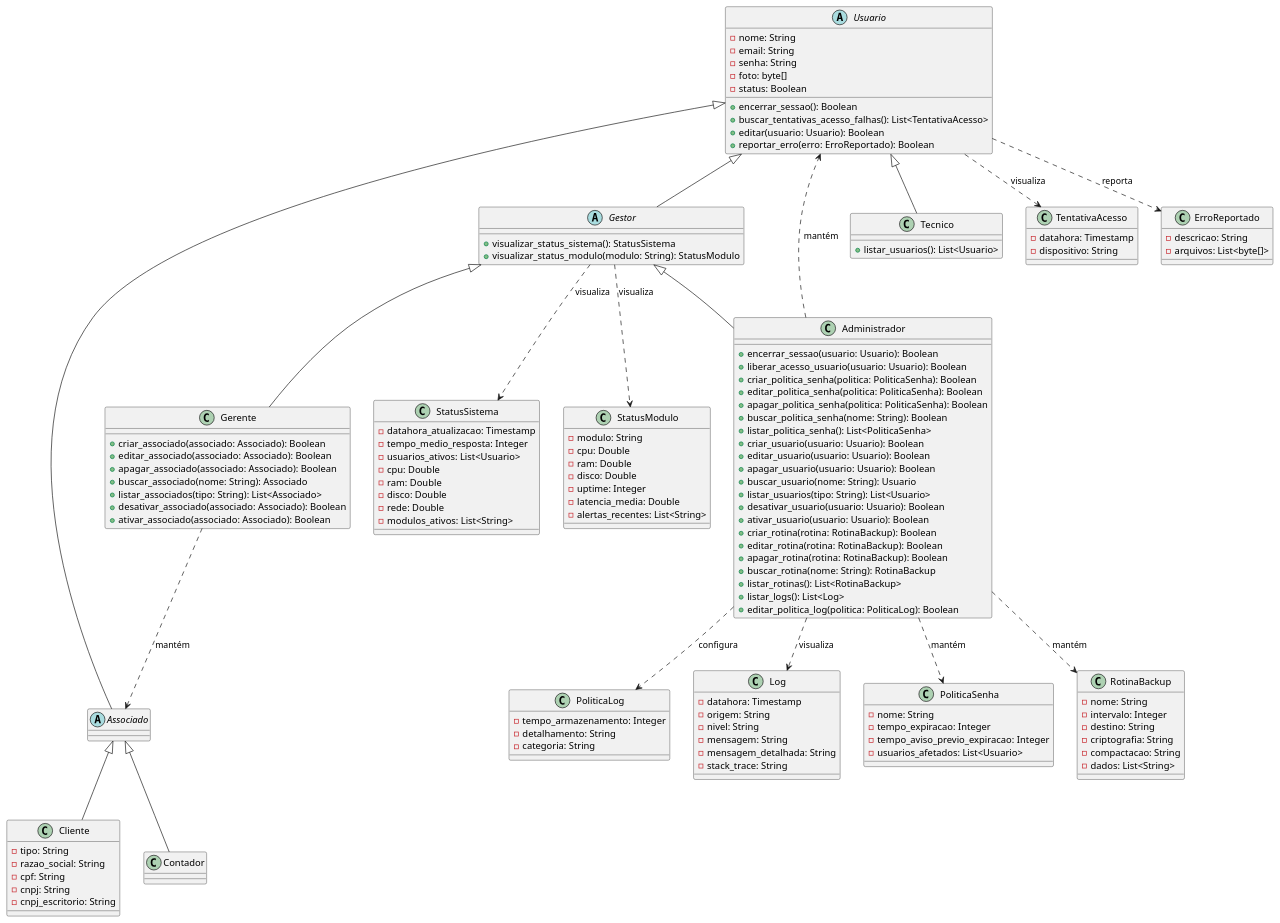
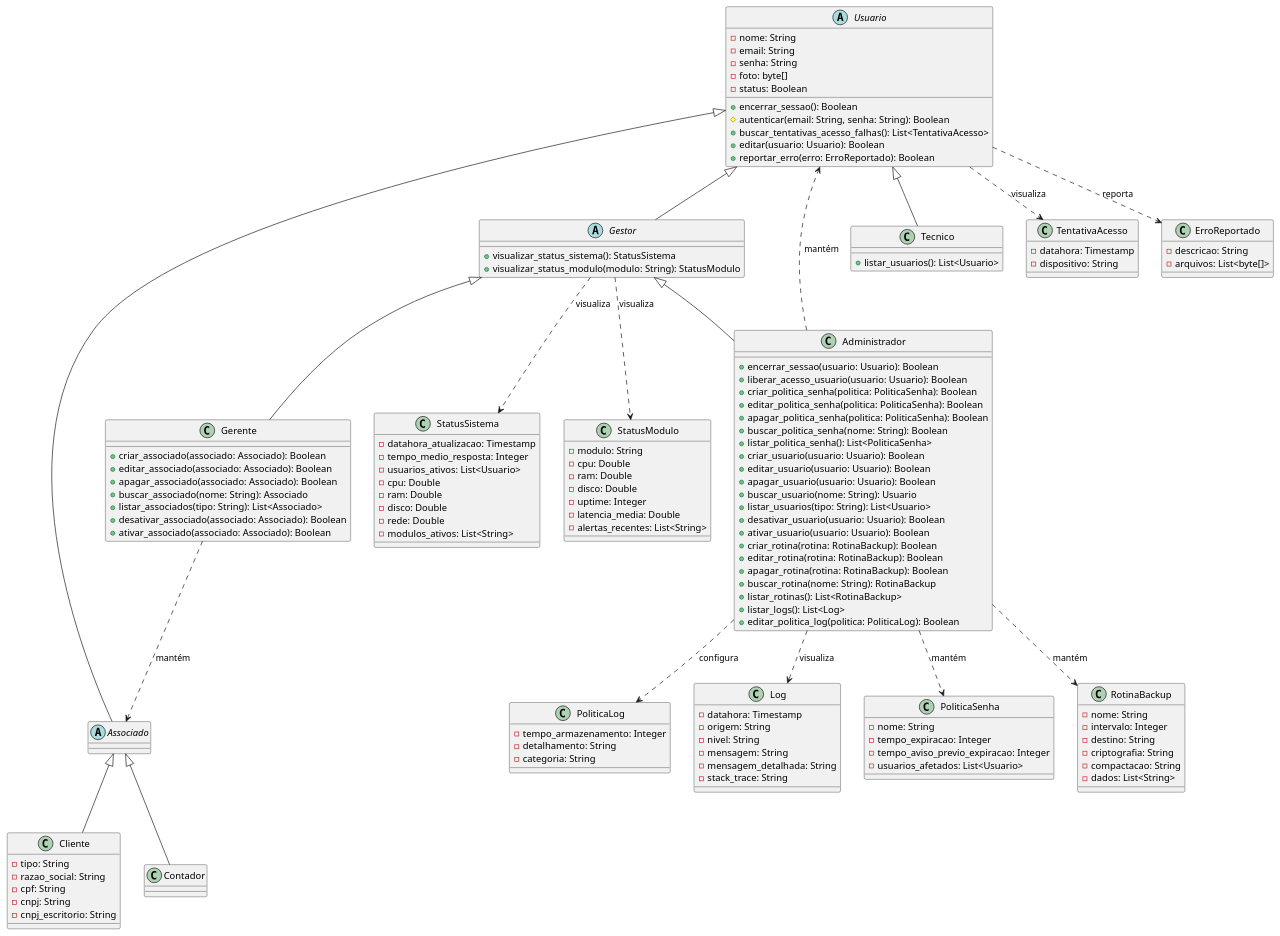
One commit to araujofs/sst changed the diagram in specs/diagrams/classes/diagrama.puml. Above: the diagram before and after it, drawn with PlantUML. The commit also changed 5 other files, not shown here.

Commit message:
feat: add activity diagrams for usuario methods

```diff
--- a/specs/diagrams/classes/diagrama.puml
+++ b/specs/diagrams/classes/diagrama.puml
@@ -1,152 +1,152 @@
 @startuml classes
 
-  abstract Usuario {
-    - nome: String
-    - email: String
-    - senha: String
-    - foto: byte[]
-    - status: Boolean
-    + encerrar_sessao(): Boolean
-    ' # autenticar(email: String, senha: String): Boolean
-    + buscar_tentativas_acesso_falhas(): List<TentativaAcesso>
-    + editar(usuario: Usuario): Boolean
-    + reportar_erro(erro: ErroReportado): Boolean
-    }
+abstract Usuario {
+  - nome: String
+  - email: String
+  - senha: String
+  - foto: byte[]
+  - status: Boolean
+  + encerrar_sessao(): Boolean
+  # autenticar(email: String, senha: String): Boolean
+  + buscar_tentativas_acesso_falhas(): List<TentativaAcesso>
+  + editar(usuario: Usuario): Boolean
+  + reportar_erro(erro: ErroReportado): Boolean
+}
 
-  abstract Gestor extends Usuario {
-    + visualizar_status_sistema(): StatusSistema
-    + visualizar_status_modulo(modulo: String): StatusModulo
-  }
+abstract Gestor extends Usuario {
+  + visualizar_status_sistema(): StatusSistema
+  + visualizar_status_modulo(modulo: String): StatusModulo
+}
 
-  abstract Associado extends Usuario {}
+abstract Associado extends Usuario {}
 
-  class Gerente extends Gestor {
-    + criar_associado(associado: Associado): Boolean
-    + editar_associado(associado: Associado): Boolean
-    + apagar_associado(associado: Associado): Boolean
-    + buscar_associado(nome: String): Associado
-    + listar_associados(tipo: String): List<Associado>
-    + desativar_associado(associado: Associado): Boolean
-    + ativar_associado(associado: Associado): Boolean
-  }
+class Gerente extends Gestor {
+  + criar_associado(associado: Associado): Boolean
+  + editar_associado(associado: Associado): Boolean
+  + apagar_associado(associado: Associado): Boolean
+  + buscar_associado(nome: String): Associado
+  + listar_associados(tipo: String): List<Associado>
+  + desativar_associado(associado: Associado): Boolean
+  + ativar_associado(associado: Associado): Boolean
+}
 
-  class Cliente extends Associado {
-    - tipo: String
-    - razao_social: String
-    - cpf: String
-    - cnpj: String
-    - cnpj_escritorio: String
-  }
+class Cliente extends Associado {
+  - tipo: String
+  - razao_social: String
+  - cpf: String
+  - cnpj: String
+  - cnpj_escritorio: String
+}
 
-  class Contador extends Associado {}
+class Contador extends Associado {}
 
-  class Administrador extends Gestor {
-    + encerrar_sessao(usuario: Usuario): Boolean
-    + liberar_acesso_usuario(usuario: Usuario): Boolean 
-    + criar_politica_senha(politica: PoliticaSenha): Boolean
-    + editar_politica_senha(politica: PoliticaSenha): Boolean
-    + apagar_politica_senha(politica: PoliticaSenha): Boolean
-    + buscar_politica_senha(nome: String): Boolean
-    + listar_politica_senha(): List<PoliticaSenha>
-    + criar_usuario(usuario: Usuario): Boolean
-    + editar_usuario(usuario: Usuario): Boolean
-    + apagar_usuario(usuario: Usuario): Boolean
-    + buscar_usuario(nome: String): Usuario
-    + listar_usuarios(tipo: String): List<Usuario>
-    + desativar_usuario(usuario: Usuario): Boolean
-    + ativar_usuario(usuario: Usuario): Boolean
-    + criar_rotina(rotina: RotinaBackup): Boolean
-    + editar_rotina(rotina: RotinaBackup): Boolean
-    + apagar_rotina(rotina: RotinaBackup): Boolean
-    + buscar_rotina(nome: String): RotinaBackup
-    + listar_rotinas(): List<RotinaBackup>
-    + listar_logs(): List<Log>
-    + editar_politica_log(politica: PoliticaLog): Boolean
-  }
+class Administrador extends Gestor {
+  + encerrar_sessao(usuario: Usuario): Boolean
+  + liberar_acesso_usuario(usuario: Usuario): Boolean 
+  + criar_politica_senha(politica: PoliticaSenha): Boolean
+  + editar_politica_senha(politica: PoliticaSenha): Boolean
+  + apagar_politica_senha(politica: PoliticaSenha): Boolean
+  + buscar_politica_senha(nome: String): Boolean
+  + listar_politica_senha(): List<PoliticaSenha>
+  + criar_usuario(usuario: Usuario): Boolean
+  + editar_usuario(usuario: Usuario): Boolean
+  + apagar_usuario(usuario: Usuario): Boolean
+  + buscar_usuario(nome: String): Usuario
+  + listar_usuarios(tipo: String): List<Usuario>
+  + desativar_usuario(usuario: Usuario): Boolean
+  + ativar_usuario(usuario: Usuario): Boolean
+  + criar_rotina(rotina: RotinaBackup): Boolean
+  + editar_rotina(rotina: RotinaBackup): Boolean
+  + apagar_rotina(rotina: RotinaBackup): Boolean
+  + buscar_rotina(nome: String): RotinaBackup
+  + listar_rotinas(): List<RotinaBackup>
+  + listar_logs(): List<Log>
+  + editar_politica_log(politica: PoliticaLog): Boolean
+}
 
-  class Tecnico extends Usuario {
-    + listar_usuarios(): List<Usuario>
-  }
+class Tecnico extends Usuario {
+  + listar_usuarios(): List<Usuario>
+}
 
-  class Cliente {}
+class Cliente {}
 
 
-  class PoliticaSenha {
-    - nome: String
-    - tempo_expiracao: Integer
-    - tempo_aviso_previo_expiracao: Integer
-    - usuarios_afetados: List<Usuario>
-    ' + notificar_expiracao(): void
-  }
+class PoliticaSenha {
+  - nome: String
+  - tempo_expiracao: Integer
+  - tempo_aviso_previo_expiracao: Integer
+  - usuarios_afetados: List<Usuario>
+  ' + notificar_expiracao(): void
+}
 
-  class TentativaAcesso {
-    - datahora: Timestamp
-    - dispositivo: String
-  }
+class TentativaAcesso {
+  - datahora: Timestamp
+  - dispositivo: String
+}
 
-  class RotinaBackup {
-    - nome: String
-    - intervalo: Integer
-    - destino: String
-    - criptografia: String
-    - compactacao: String
-    - dados: List<String>
-  }
+class RotinaBackup {
+  - nome: String
+  - intervalo: Integer
+  - destino: String
+  - criptografia: String
+  - compactacao: String
+  - dados: List<String>
+}
 
-  ' so existe uma
-  class PoliticaLog {
-    - tempo_armazenamento: Integer
-    - detalhamento: String
-    - categoria: String
-  }
+' so existe uma
+class PoliticaLog {
+  - tempo_armazenamento: Integer
+  - detalhamento: String
+  - categoria: String
+}
 
-  class Log {
-    - datahora: Timestamp
-    - origem: String
-    - nivel: String
-    - mensagem: String
-    - mensagem_detalhada: String
-    - stack_trace: String
-  }
+class Log {
+  - datahora: Timestamp
+  - origem: String
+  - nivel: String
+  - mensagem: String
+  - mensagem_detalhada: String
+  - stack_trace: String
+}
 
-  class ErroReportado {
-    - descricao: String
-    - arquivos: List<byte[]>
-  }
+class ErroReportado {
+  - descricao: String
+  - arquivos: List<byte[]>
+}
 
-  class StatusSistema {
-    - datahora_atualizacao: Timestamp
-    - tempo_medio_resposta: Integer
-    - usuarios_ativos: List<Usuario>
-    - cpu: Double
-    - ram: Double
-    - disco: Double
-    - rede: Double
-    - modulos_ativos: List<String>
-  }
+class StatusSistema {
+  - datahora_atualizacao: Timestamp
+  - tempo_medio_resposta: Integer
+  - usuarios_ativos: List<Usuario>
+  - cpu: Double
+  - ram: Double
+  - disco: Double
+  - rede: Double
+  - modulos_ativos: List<String>
+}
 
-  class StatusModulo {
-    - modulo: String
-    - cpu: Double
-    - ram: Double
-    - disco: Double
-    - uptime: Integer
-    - latencia_media: Double
-    - alertas_recentes: List<String>
-  }
+class StatusModulo {
+  - modulo: String
+  - cpu: Double
+  - ram: Double
+  - disco: Double
+  - uptime: Integer
+  - latencia_media: Double
+  - alertas_recentes: List<String>
+}
 
-  Administrador ..> Usuario : "mantém"
-  Administrador ..> PoliticaLog : "configura"
-  Administrador ..> PoliticaSenha : "mantém"
-  Administrador ..> RotinaBackup : "mantém"
-  Administrador ..> Log : "visualiza"
+Administrador ..> Usuario : "mantém"
+Administrador ..> PoliticaLog : "configura"
+Administrador ..> PoliticaSenha : "mantém"
+Administrador ..> RotinaBackup : "mantém"
+Administrador ..> Log : "visualiza"
 
-  Gerente ..> Associado : "mantém"
+Gerente ..> Associado : "mantém"
 
-  Gestor ..> StatusModulo : "visualiza"
-  Gestor ..> StatusSistema : "visualiza"
+Gestor ..> StatusModulo : "visualiza"
+Gestor ..> StatusSistema : "visualiza"
 
-  Usuario ..> TentativaAcesso : "visualiza"
-  Usuario ..> ErroReportado : "reporta"
+Usuario ..> TentativaAcesso : "visualiza"
+Usuario ..> ErroReportado : "reporta"
 
 @enduml
```
